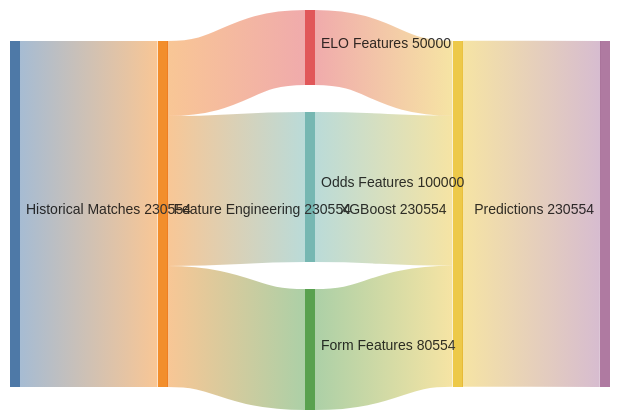
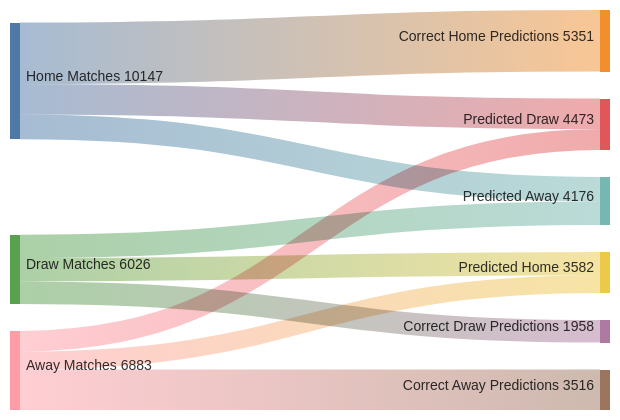
One commit to sai-ganesh-4539/StatVault changed the fifth of 9 diagrams in Match_Prediction_Intelligence.md. Above: the diagram before and after it, drawn with Mermaid. The commit also changed other lines of this file, not shown here.

````diff
--- a/Match_Prediction_Intelligence.md
+++ b/Match_Prediction_Intelligence.md
@@ -249,15 +203,15 @@
 ```mermaid
 sankey-beta
 
-Historical Matches,Feature Engineering,230554
+Home Matches,Correct Home Predictions,5351
+Home Matches,Predicted Draw,2663
+Home Matches,Predicted Away,2133
 
-Feature Engineering,ELO Features,50000
-Feature Engineering,Odds Features,100000
-Feature Engineering,Form Features,80554
+Draw Matches,Predicted Home,2025
+Draw Matches,Correct Draw Predictions,1958
+Draw Matches,Predicted Away,2043
 
-ELO Features,XGBoost,50000
-Odds Features,XGBoost,100000
-Form Features,XGBoost,80554
-
-XGBoost,Predictions,230554
+Away Matches,Predicted Home,1557
+Away Matches,Predicted Draw,1810
+Away Matches,Correct Away Predictions,3516
 ```
````
